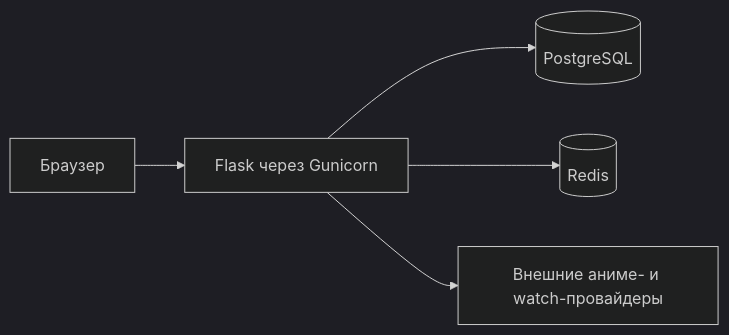
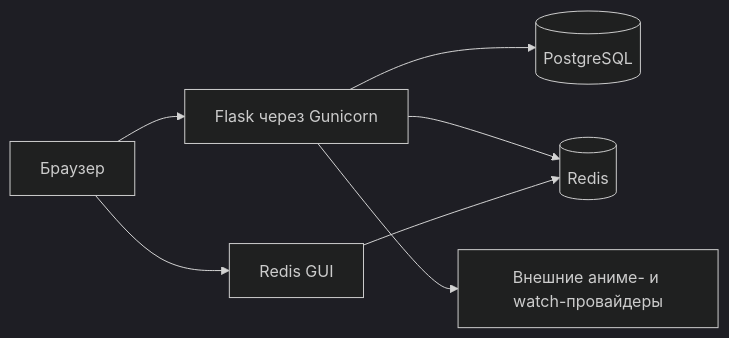
One commit to serega20112/Anime-Epic-Moments changed the first of 2 diagrams in docs/deployment/overview.md. Above: the diagram before and after it, drawn with Mermaid (dark theme). The commit also changed other lines of this file and 15 other files, not shown here.

````diff
--- a/docs/deployment/overview.md
+++ b/docs/deployment/overview.md
@@ -13,13 +13,16 @@
 ```mermaid
 flowchart LR
     Client[Браузер]
     App[Flask через Gunicorn]
     DB[(PostgreSQL)]
     Redis[(Redis)]
+    RedisGUI[Redis GUI]
     Providers[Внешние аниме- и watch-провайдеры]
 
     Client --> App
+    Client --> RedisGUI
     App --> DB
     App --> Redis
     App --> Providers
+    RedisGUI --> Redis
 ```
````
